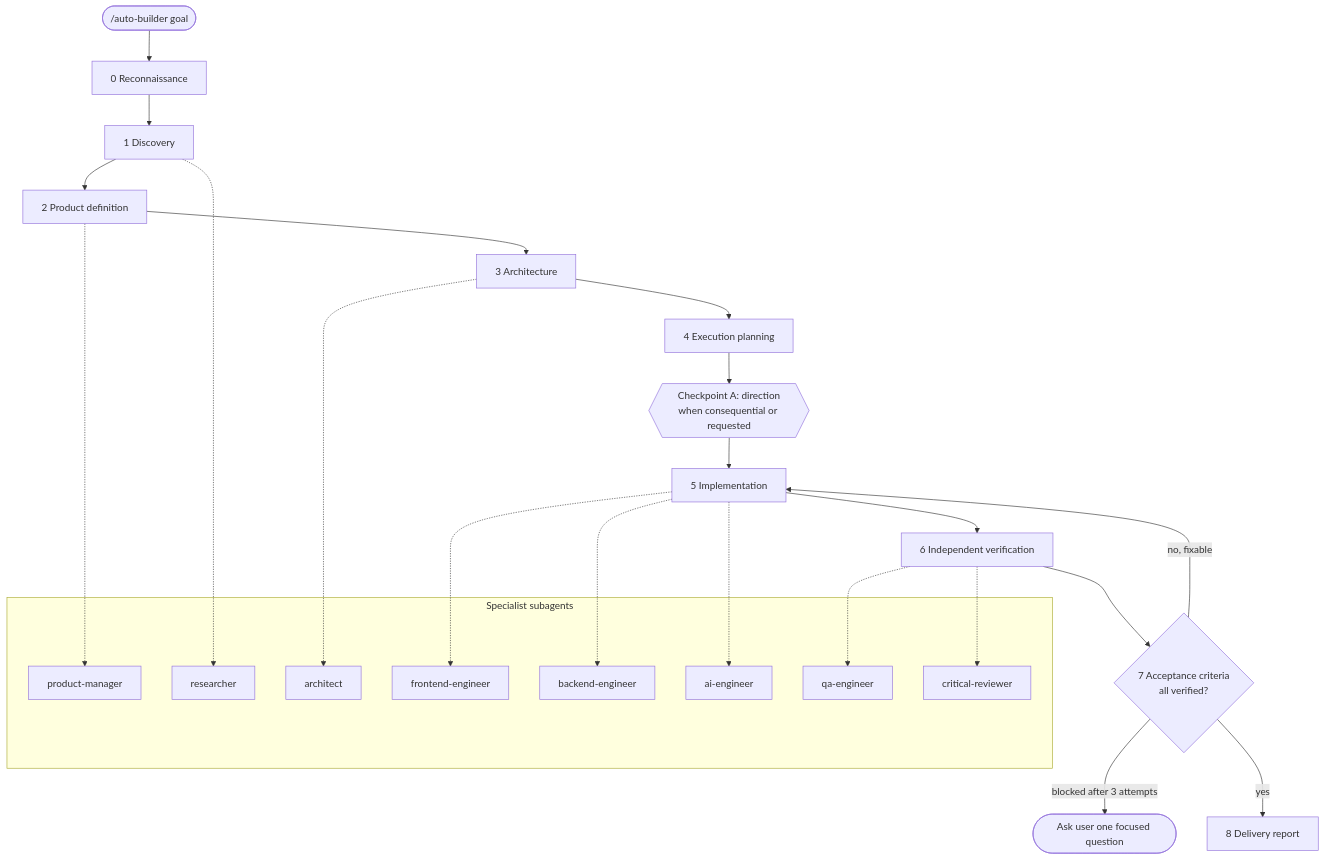
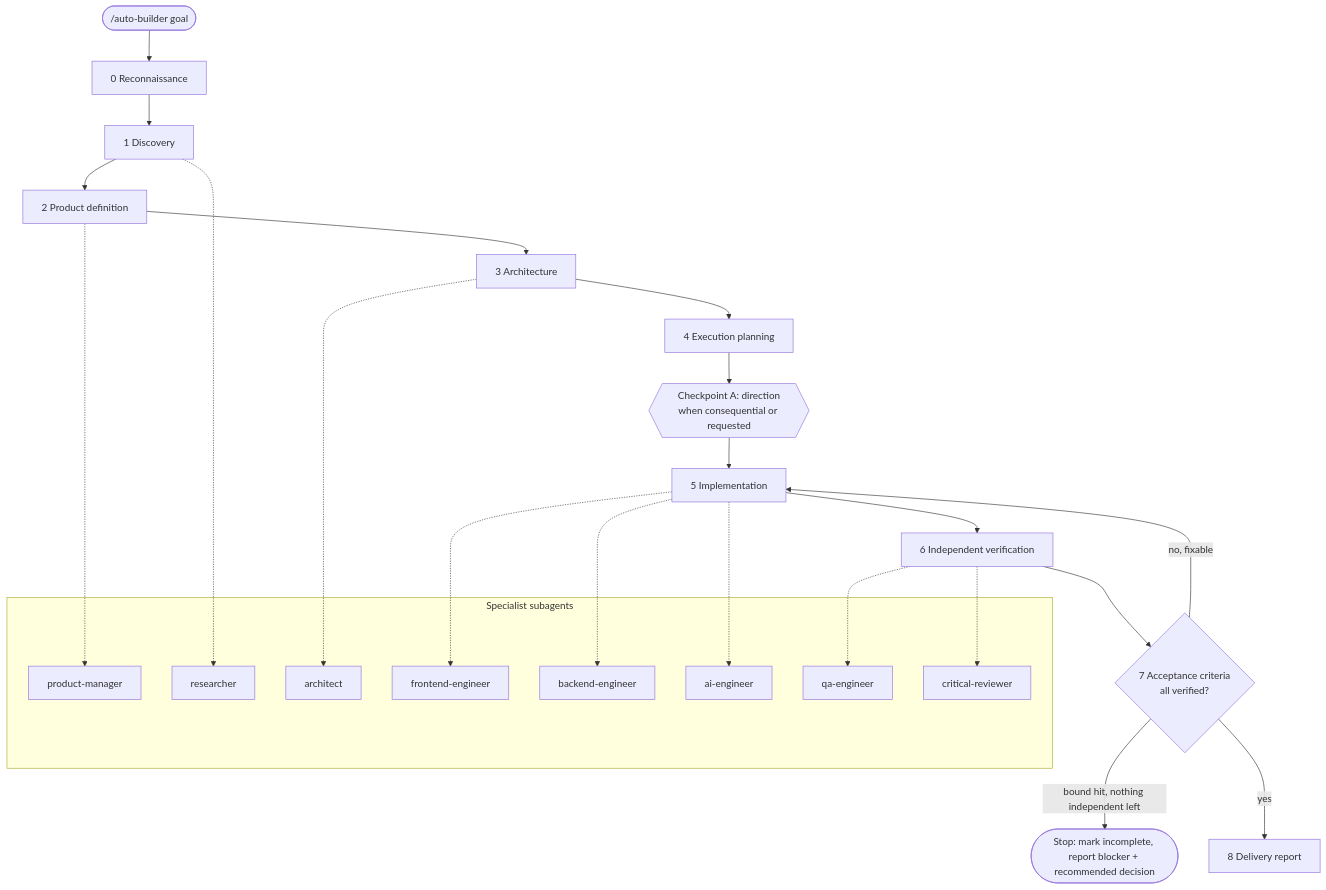
One commit to bsrikumar855-dot/ClaudeCODE-Autonomous-skills changed the diagram in README.md. Above: the diagram before and after it, drawn with Mermaid. The commit also changed other lines of this file and 53 other files, not shown here.

````diff
--- a/README.md
+++ b/README.md
@@ -15,31 +36,31 @@
 ```mermaid
 flowchart TD
     G([/auto-builder goal]) --> P0[0 Reconnaissance]
     P0 --> P1[1 Discovery]
     P1 --> P2[2 Product definition]
     P2 --> P3[3 Architecture]
     P3 --> P4[4 Execution planning]
     P4 --> CA{{Checkpoint A: direction<br/>when consequential or requested}}
     CA --> P5[5 Implementation]
     P5 --> P6[6 Independent verification]
     P6 --> P7{7 Acceptance criteria<br/>all verified?}
     P7 -- no, fixable --> P5
-    P7 -- blocked after 3 attempts --> ASK([Ask user one focused question])
+    P7 -- bound hit, nothing independent left --> STOP([Stop: mark incomplete, report blocker + recommended decision])
     P7 -- yes --> P8[8 Delivery report]
 
     subgraph Agents[Specialist subagents]
       PM[product-manager]
       RS[researcher]
       AR[architect]
       FE[frontend-engineer]
       BE[backend-engineer]
       AI[ai-engineer]
       QA[qa-engineer]
       CR[critical-reviewer]
     end
     P1 -.-> RS
     P2 -.-> PM
     P3 -.-> AR
     P5 -.-> FE & BE & AI
     P6 -.-> QA & CR
 ```
````
